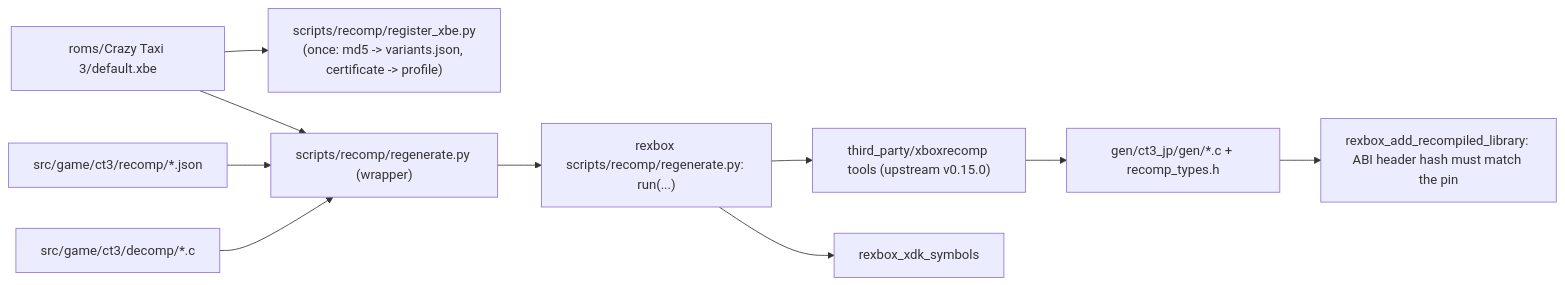
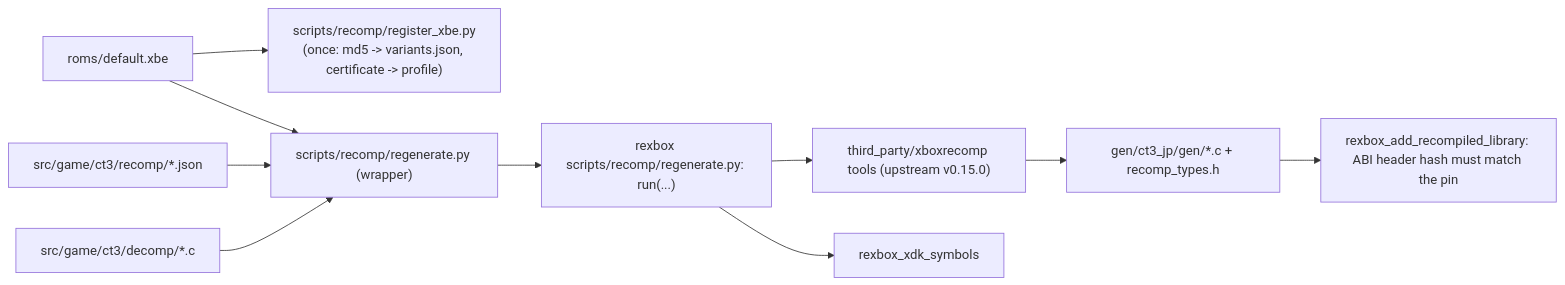
Before and after one commit to reexec/reCT3: the second of 2 diagrams in ARCHITECTURE.md, drawn with Mermaid. The commit also changed 8 other files, not shown here.

Commit message:
Register the Japan XBE (XDK 4531), roms/ as the game directory, missing kernel imports listed; rexbox at the SCSI pass-through commit (#3)

````diff
--- a/ARCHITECTURE.md
+++ b/ARCHITECTURE.md
@@ -42,12 +42,12 @@
 ```mermaid
 flowchart LR
-    XBE["roms/Crazy Taxi 3/default.xbe"] --> REG["scripts/recomp/register_xbe.py<br/>(once: md5 -> variants.json, certificate -> profile)"]
+    XBE["roms/default.xbe"] --> REG["scripts/recomp/register_xbe.py<br/>(once: md5 -> variants.json, certificate -> profile)"]
     XBE --> REGEN["scripts/recomp/regenerate.py (wrapper)"]
     CFG["src/game/ct3/recomp/*.json"] --> REGEN
     DECOMP["src/game/ct3/decomp/*.c"] --> REGEN
     REGEN --> RX["rexbox scripts/recomp/regenerate.py: run(...)"]
     RX --> TOOLS["third_party/xboxrecomp tools (upstream v0.15.0)"]
     RX --> SYM["rexbox_xdk_symbols"]
     TOOLS --> GEN["gen/ct3_jp/gen/*.c + recomp_types.h"]
     GEN --> CMAKE["rexbox_add_recompiled_library: ABI header hash must match the pin"]
 ```
````
